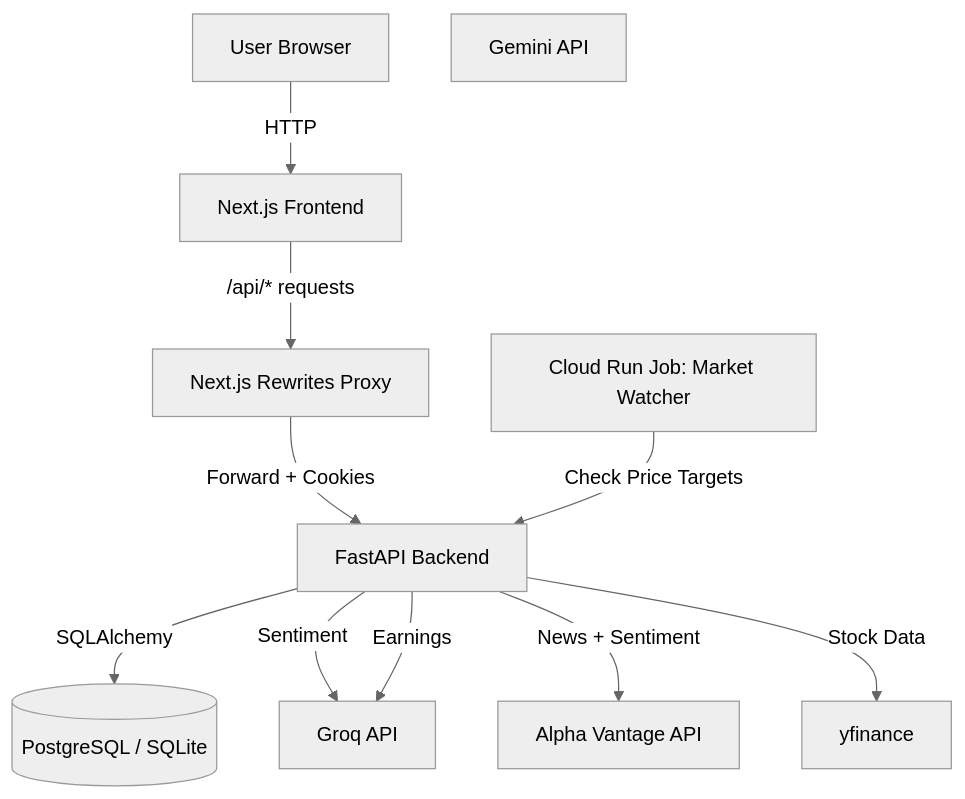
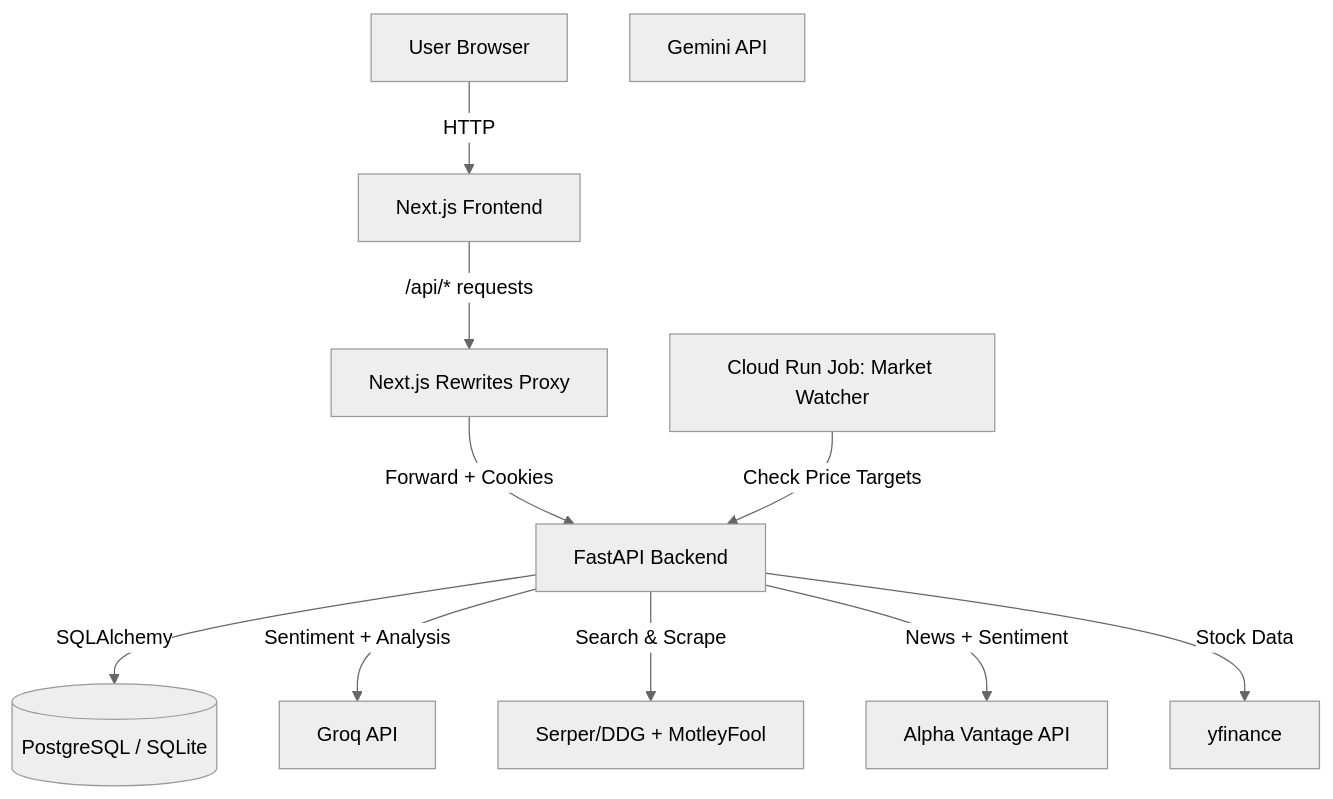
The diagram in docs/ARCHITECTURE.md (vinayakm-93/vinsight), drawn with Mermaid (neutral theme) before and after one commit. The commit also changed 67 other files, not shown here.

````diff
--- a/docs/ARCHITECTURE.md
+++ b/docs/ARCHITECTURE.md
@@ -7,23 +7,23 @@
 ```mermaid
 graph TD
     User[User Browser]
     FE[Next.js Frontend]
     Proxy[Next.js Rewrites Proxy]
     BE[FastAPI Backend]
     DB[(PostgreSQL / SQLite)]
     AI1[Groq API]
     AI2[Gemini API]
     AV[Alpha Vantage API]
     Data[yfinance]
     Worker[Cloud Run Job: Market Watcher]
 
     User -->|HTTP| FE
     FE -->|/api/* requests| Proxy
     Proxy -->|Forward + Cookies| BE
     BE -->|SQLAlchemy| DB
-    BE -->|Sentiment| AI1
-    BE -->|Earnings| AI1
+    BE -->|Sentiment + Analysis| AI1
+    BE -->|Search & Scrape| Web[Serper/DDG + MotleyFool]
     BE -->|News + Sentiment| AV
     BE -->|Stock Data| Data
     Worker -->|Check Price Targets| BE
 ```
````
